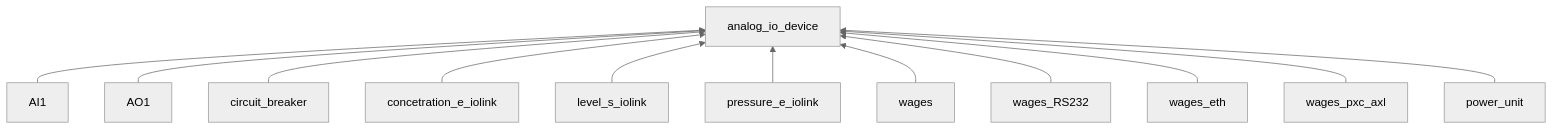
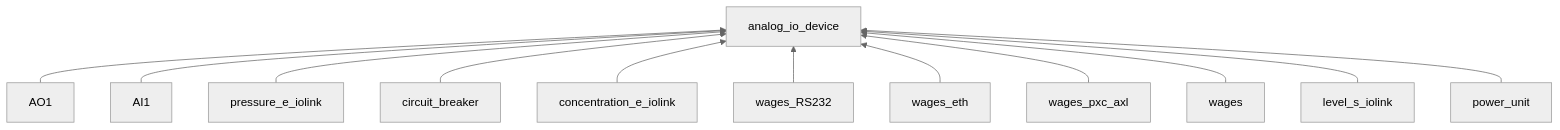
Before and after one commit to savushkin-r-d/ptusa_main: the fifth of 11 diagrams in docs/class_scheme/readme.md, drawn with Mermaid (neutral theme). The commit also changed other lines of this file, not shown here.

Commit message:
Final schemas update

````diff
--- a/docs/class_scheme/readme.md
+++ b/docs/class_scheme/readme.md
@@ -47,15 +61,14 @@
 ```mermaid
 flowchart BT
- analog_io_device[analog_io_device]
-    AI1[AI1]-->analog_io_device
-    AO1[AO1]-->analog_io_device
-    circuit_breaker[circuit_breaker]-->analog_io_device
-    concetration_e_iolink[concetration_e_iolink]-->analog_io_device
-    level_s_iolink[level_s_iolink]-->analog_io_device
-    pressure_e_iolink[pressure_e_iolink]-->analog_io_device
-    wages[wages]-->analog_io_device
-    wages_RS232[wages_RS232]-->analog_io_device
-    wages_eth[wages_eth]-->analog_io_device
-    wages_pxc_axl[wages_pxc_axl]-->analog_io_device
-    power_unit[power_unit]-->analog_io_device
+    AO1[AO1] --> analog_io_device[analog_io_device]
+    AI1[AI1] --> analog_io_device
+    pressure_e_iolink[pressure_e_iolink] --> analog_io_device
+    circuit_breaker[circuit_breaker] --> analog_io_device
+    concentration_e_iolink[concentration_e_iolink] --> analog_io_device
+    wages_RS232[wages_RS232] --> analog_io_device
+    wages_eth[wages_eth] --> analog_io_device
+    wages_pxc_axl[wages_pxc_axl] --> analog_io_device
+    wages[wages] --> analog_io_device
+    level_s_iolink[level_s_iolink] --> analog_io_device
+    power_unit[power_unit] --> analog_io_device
 ```
````
